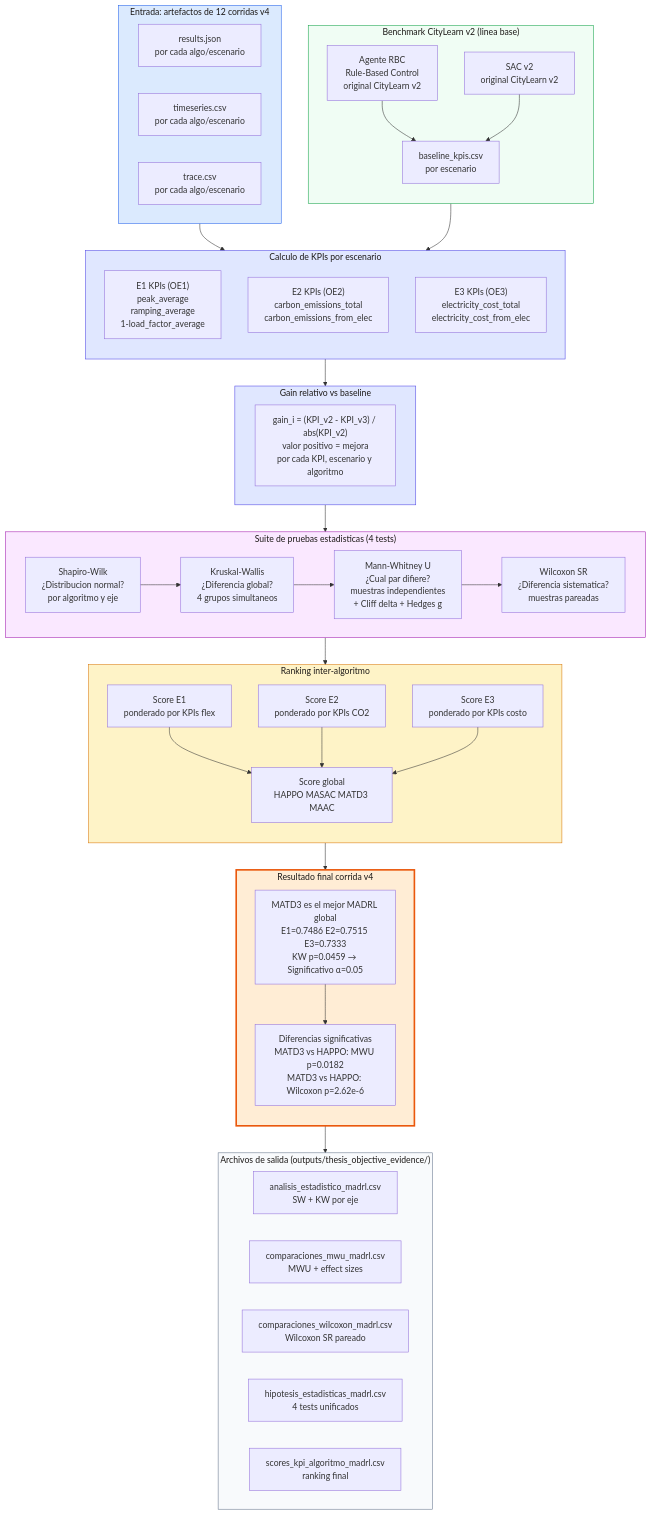
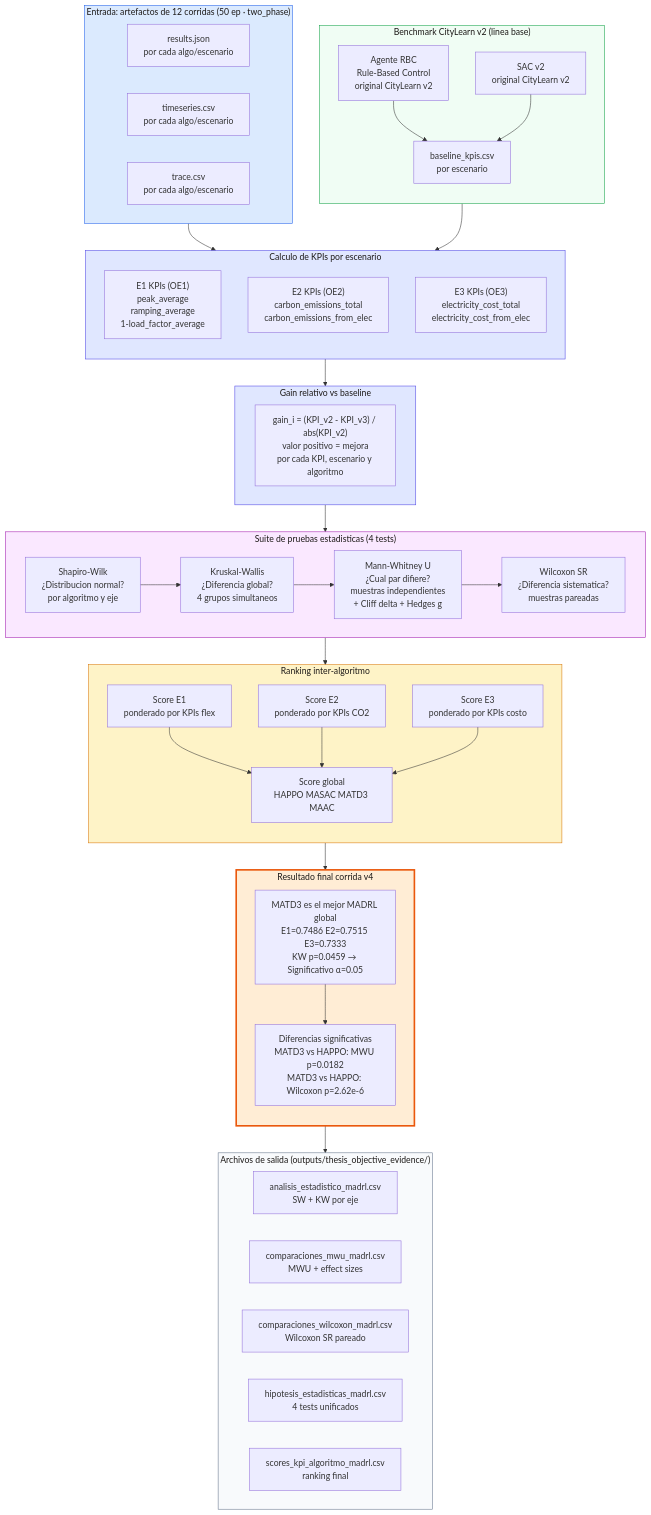
One commit to Mac-Tapia/MADRLCitytleranflexresdr changed the diagram in outputs/defensa_pdf/mmd/diagram_07.mmd. Above: the diagram before and after it, drawn with Mermaid. The commit also changed 10 other files, not shown here.

Commit message:
docs: update 9 architecture diagrams for two_phase Colab A100 protocol

```diff
--- a/outputs/defensa_pdf/mmd/diagram_07.mmd
+++ b/outputs/defensa_pdf/mmd/diagram_07.mmd
@@ -1,83 +1,83 @@
 flowchart TD
-    subgraph ARTIFACTS_IN["Entrada: artefactos de 12 corridas v4"]
+    subgraph ARTIFACTS_IN["Entrada: artefactos de 12 corridas (50 ep · two_phase)"]
         direction LR
         R_J["results.json\npor cada algo/escenario"]
         TS["timeseries.csv\npor cada algo/escenario"]
         TR["trace.csv\npor cada algo/escenario"]
     end
 
     subgraph BENCHMARK["Benchmark CityLearn v2 (linea base)"]
         direction TB
         RBC["Agente RBC\nRule-Based Control\noriginal CityLearn v2"]
         SAC_V2["SAC v2\noriginal CityLearn v2"]
         BENCH_OUT["baseline_kpis.csv\npor escenario"]
         RBC & SAC_V2 --> BENCH_OUT
     end
 
     subgraph KPIS_CALC["Calculo de KPIs por escenario"]
         direction TB
         E1_KPI["E1 KPIs (OE1)\npeak_average\nramping_average\n1-load_factor_average"]
         E2_KPI["E2 KPIs (OE2)\ncarbon_emissions_total\ncarbon_emissions_from_elec"]
         E3_KPI["E3 KPIs (OE3)\nelectricity_cost_total\nelectricity_cost_from_elec"]
     end
 
     subgraph DELTA["Gain relativo vs baseline"]
         GAIN["gain_i = (KPI_v2 - KPI_v3) / abs(KPI_v2)\nvalor positivo = mejora\npor cada KPI, escenario y algoritmo"]
     end
 
     subgraph STAT_TEST["Suite de pruebas estadisticas (4 tests)"]
         direction LR
         SW["Shapiro-Wilk\n¿Distribucion normal?\npor algoritmo y eje"]
         KW["Kruskal-Wallis\n¿Diferencia global?\n4 grupos simultaneos"]
         MWU["Mann-Whitney U\n¿Cual par difiere?\nmuestras independientes\n+ Cliff delta + Hedges g"]
         WC["Wilcoxon SR\n¿Diferencia sistematica?\nmuestras pareadas"]
         SW --> KW --> MWU --> WC
     end
 
     subgraph RANKING["Ranking inter-algoritmo"]
         direction TB
         SCORE_E1["Score E1\nponderado por KPIs flex"]
         SCORE_E2["Score E2\nponderado por KPIs CO2"]
         SCORE_E3["Score E3\nponderado por KPIs costo"]
         GLOBAL["Score global\nHAPPO MASAC MATD3 MAAC"]
         SCORE_E1 & SCORE_E2 & SCORE_E3 --> GLOBAL
     end
 
     subgraph RESULT_BOX["Resultado final corrida v4"]
         direction TB
         MATD3_WIN["MATD3 es el mejor MADRL global\nE1=0.7486 E2=0.7515 E3=0.7333\nKW p=0.0459 → Significativo α=0.05"]
         PAIRS["Diferencias significativas\nMATD3 vs HAPPO: MWU p=0.0182\nMATD3 vs HAPPO: Wilcoxon p=2.62e-6"]
         MATD3_WIN --> PAIRS
     end
 
     ARTIFACTS_IN --> KPIS_CALC
     BENCHMARK --> KPIS_CALC
     KPIS_CALC --> DELTA
     DELTA --> STAT_TEST
     STAT_TEST --> RANKING
     RANKING --> RESULT_BOX
 
     subgraph OUTPUT_FILES["Archivos de salida (outputs/thesis_objective_evidence/)"]
         OF1["analisis_estadistico_madrl.csv\nSW + KW por eje"]
         OF2["comparaciones_mwu_madrl.csv\nMWU + effect sizes"]
         OF3["comparaciones_wilcoxon_madrl.csv\nWilcoxon SR pareado"]
         OF4["hipotesis_estadisticas_madrl.csv\n4 tests unificados"]
         OF5["scores_kpi_algoritmo_madrl.csv\nranking final"]
     end
 
     RESULT_BOX --> OUTPUT_FILES
 
     classDef inp fill:#dbeafe,stroke:#2563eb,color:#1c1917
     classDef bench fill:#f0fdf4,stroke:#16a34a,color:#1c1917
     classDef kpi fill:#e0e7ff,stroke:#4f46e5,color:#1c1917
     classDef stat fill:#fae8ff,stroke:#a21caf,color:#1c1917
     classDef rank fill:#fef3c7,stroke:#d97706,color:#1c1917
     classDef res fill:#ffedd5,stroke:#ea580c,color:#1c1917,stroke-width:3px
     classDef out fill:#f8fafc,stroke:#64748b,color:#1c1917
     class ARTIFACTS_IN inp
     class BENCHMARK bench
     class KPIS_CALC,DELTA kpi
     class STAT_TEST stat
     class RANKING rank
     class RESULT_BOX res
     class OUTPUT_FILES out
```
